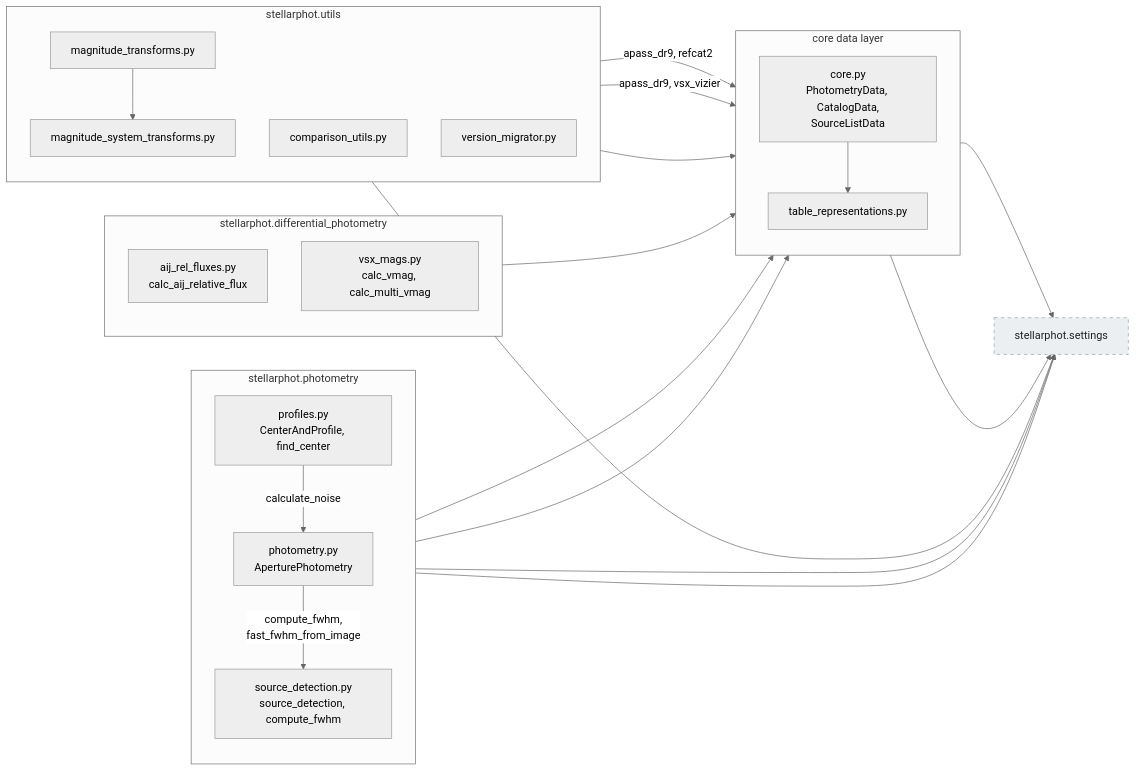
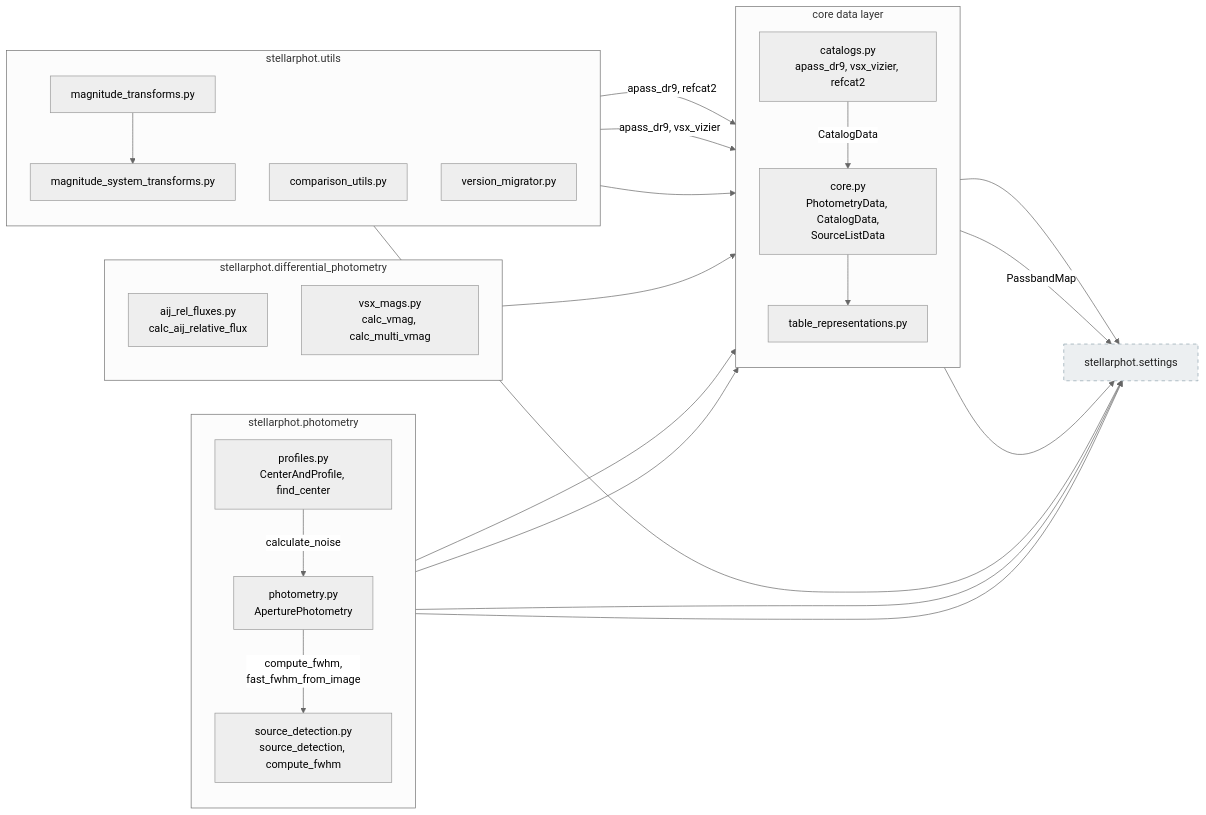
The third of 5 diagrams in docs/diagrams-01-package-overview.md (feder-observatory/stellarphot), drawn with Mermaid (neutral theme) before and after one commit. The commit also changed other lines of this file and 12 other files, not shown here.

First line of the commit message:
Split catalog fetchers out of core.py into catalogs.py (#194)

````diff
--- a/docs/diagrams-01-package-overview.md
+++ b/docs/diagrams-01-package-overview.md
@@ -139,61 +144,65 @@
 ```mermaid
 flowchart LR
     classDef external fill:#eceff1,stroke:#90a4ae,stroke-dasharray: 5 5,color:#212121
 
     subgraph sg_phot["stellarphot.photometry"]
         direction TB
         phot_py["photometry.py<br/>AperturePhotometry"]
         srcdet_py["source_detection.py<br/>source_detection, compute_fwhm"]
         prof_py["profiles.py<br/>CenterAndProfile, find_center"]
     end
 
     subgraph sg_diff["stellarphot.differential_photometry"]
         direction TB
         relflux_py["aij_rel_fluxes.py<br/>calc_aij_relative_flux"]
         vsxmag_py["vsx_mags.py<br/>calc_vmag, calc_multi_vmag"]
     end
 
     subgraph sg_utils["stellarphot.utils"]
         direction TB
         magtrans_py["magnitude_transforms.py"]
         magsys_py["magnitude_system_transforms.py"]
         computil_py["comparison_utils.py"]
         vermig_py["version_migrator.py"]
     end
 
     subgraph sg_core["core data layer"]
         direction TB
         core_py["core.py<br/>PhotometryData, CatalogData,<br/>SourceListData"]
+        catalogs_py["catalogs.py<br/>apass_dr9, vsx_vizier, refcat2"]
         tabrep_py["table_representations.py"]
     end
 
     settings_ext["stellarphot.settings"]:::external
 
     phot_py -->|"compute_fwhm,<br/>fast_fwhm_from_image"| srcdet_py
     prof_py -->|"calculate_noise"| phot_py
     phot_py --> core_py
     phot_py --> settings_ext
     srcdet_py --> core_py
     srcdet_py --> settings_ext
     relflux_py --> core_py
-    magtrans_py -->|"apass_dr9, refcat2"| core_py
+    magtrans_py -->|"apass_dr9, refcat2"| catalogs_py
     magtrans_py --> magsys_py
-    computil_py -->|"apass_dr9, vsx_vizier"| core_py
+    computil_py -->|"apass_dr9, vsx_vizier"| catalogs_py
     vermig_py --> core_py
     vermig_py --> settings_ext
     core_py --> settings_ext
     core_py --> tabrep_py
+    catalogs_py -->|"CatalogData"| core_py
+    catalogs_py -->|"PassbandMap"| settings_ext
     tabrep_py --> settings_ext
 
     click phot_py href "../stellarphot/photometry/photometry.py" "photometry.py"
     click srcdet_py href "../stellarphot/photometry/source_detection.py" "source_detection.py"
     click prof_py href "../stellarphot/photometry/profiles.py" "profiles.py"
     click relflux_py href "../stellarphot/differential_photometry/aij_rel_fluxes.py" "aij_rel_fluxes.py"
     click vsxmag_py href "../stellarphot/differential_photometry/vsx_mags.py" "vsx_mags.py"
     click magtrans_py href "../stellarphot/utils/magnitude_transforms.py" "magnitude_transforms.py"
     click magsys_py href "../stellarphot/utils/magnitude_system_transforms.py" "magnitude_system_transforms.py"
     click computil_py href "../stellarphot/utils/comparison_utils.py" "comparison_utils.py"
     click vermig_py href "../stellarphot/utils/version_migrator.py" "version_migrator.py"
     click core_py href "../stellarphot/core.py" "core.py"
+    click catalogs_py href "../stellarphot/catalogs.py" "catalogs.py"
     click tabrep_py href "../stellarphot/table_representations.py" "table_representations.py"
 ```
````
